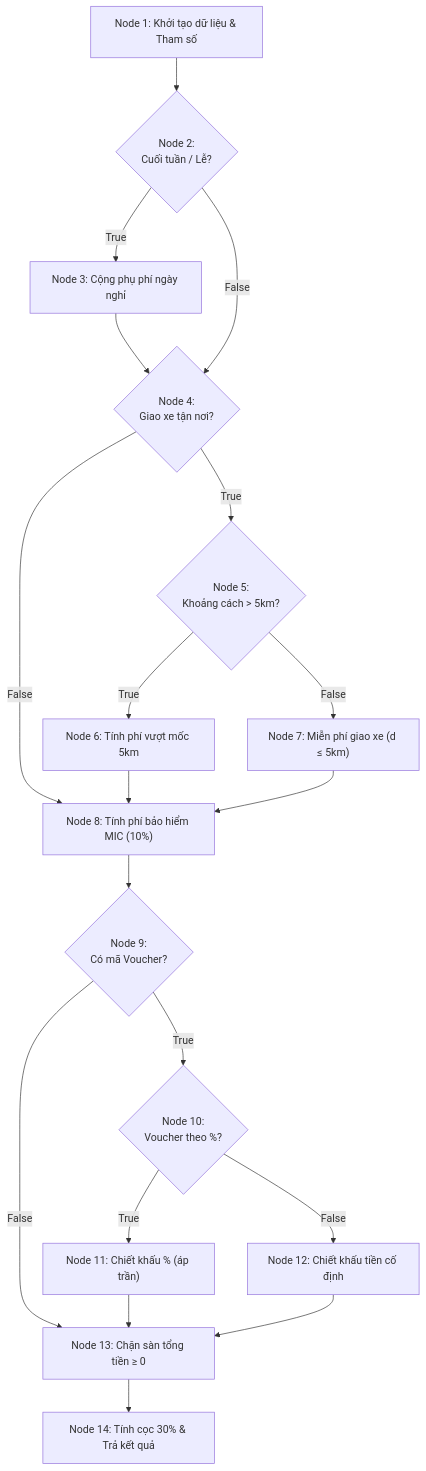
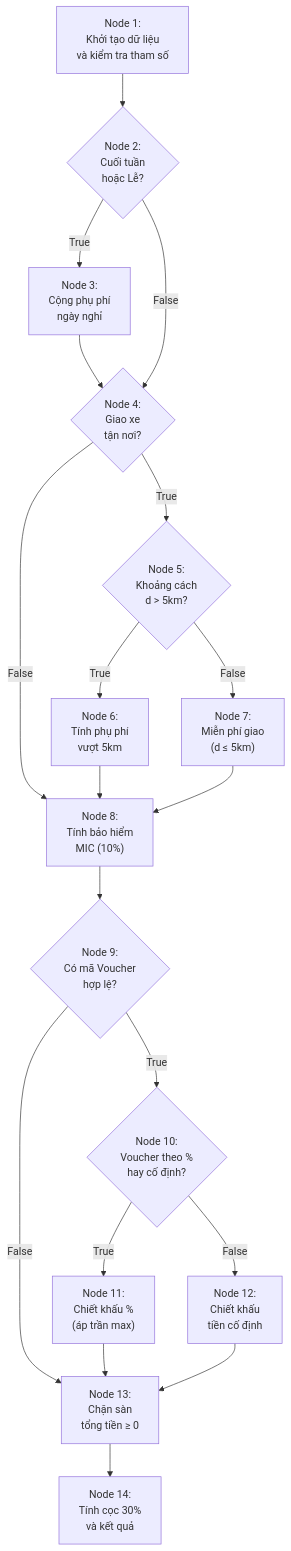
Before and after one commit to PhamQuang138/DGKTPM: the third of 4 diagrams in README.md, drawn with Mermaid. The commit also changed other lines of this file, not shown here.

Commit message:
fix: compact node text line lengths in mermaid diagrams to prevent GitHub SVG text truncation

````diff
--- a/README.md
+++ b/README.md
@@ -244,31 +244,31 @@
 ```mermaid
 flowchart TD
-    N1["Node 1: Khởi tạo dữ liệu & Tham số"]
-    N2{"Node 2:<br/>Cuối tuần / Lễ?"}
-    N3["Node 3: Cộng phụ phí ngày nghỉ"]
-    N4{"Node 4:<br/>Giao xe tận nơi?"}
-    N5{"Node 5:<br/>Khoảng cách > 5km?"}
-    N6["Node 6: Tính phí vượt mốc 5km"]
-    N7["Node 7: Miễn phí giao xe (d ≤ 5km)"]
-    N8["Node 8: Tính phí bảo hiểm MIC (10%)"]
-    N9{"Node 9:<br/>Có mã Voucher?"}
-    N10{"Node 10:<br/>Voucher theo %?"}
-    N11["Node 11: Chiết khấu % (áp trần)"]
-    N12["Node 12: Chiết khấu tiền cố định"]
-    N13["Node 13: Chặn sàn tổng tiền ≥ 0"]
-    N14["Node 14: Tính cọc 30% & Trả kết quả"]
+    N1["Node 1:<br/>Khởi tạo dữ liệu<br/>và kiểm tra tham số"]
+    N2{"Node 2:<br/>Cuối tuần<br/>hoặc Lễ?"}
+    N3["Node 3:<br/>Cộng phụ phí<br/>ngày nghỉ"]
+    N4{"Node 4:<br/>Giao xe<br/>tận nơi?"}
+    N5{"Node 5:<br/>Khoảng cách<br/>d > 5km?"}
+    N6["Node 6:<br/>Tính phụ phí<br/>vượt 5km"]
+    N7["Node 7:<br/>Miễn phí giao<br/>(d ≤ 5km)"]
+    N8["Node 8:<br/>Tính bảo hiểm<br/>MIC (10%)"]
+    N9{"Node 9:<br/>Có mã Voucher<br/>hợp lệ?"}
+    N10{"Node 10:<br/>Voucher theo %<br/>hay cố định?"}
+    N11["Node 11:<br/>Chiết khấu %<br/>(áp trần max)"]
+    N12["Node 12:<br/>Chiết khấu<br/>tiền cố định"]
+    N13["Node 13:<br/>Chặn sàn<br/>tổng tiền ≥ 0"]
+    N14["Node 14:<br/>Tính cọc 30%<br/>và kết quả"]
 
     N1 --> N2
     N2 -- "True" --> N3 --> N4
     N2 -- "False" --> N4
     N4 -- "True" --> N5
     N4 -- "False" --> N8
     N5 -- "True" --> N6 --> N8
     N5 -- "False" --> N7 --> N8
     N8 --> N9
     N9 -- "True" --> N10
     N9 -- "False" --> N13
     N10 -- "True" --> N11 --> N13
     N10 -- "False" --> N12 --> N13
     N13 --> N14
 ```
````
